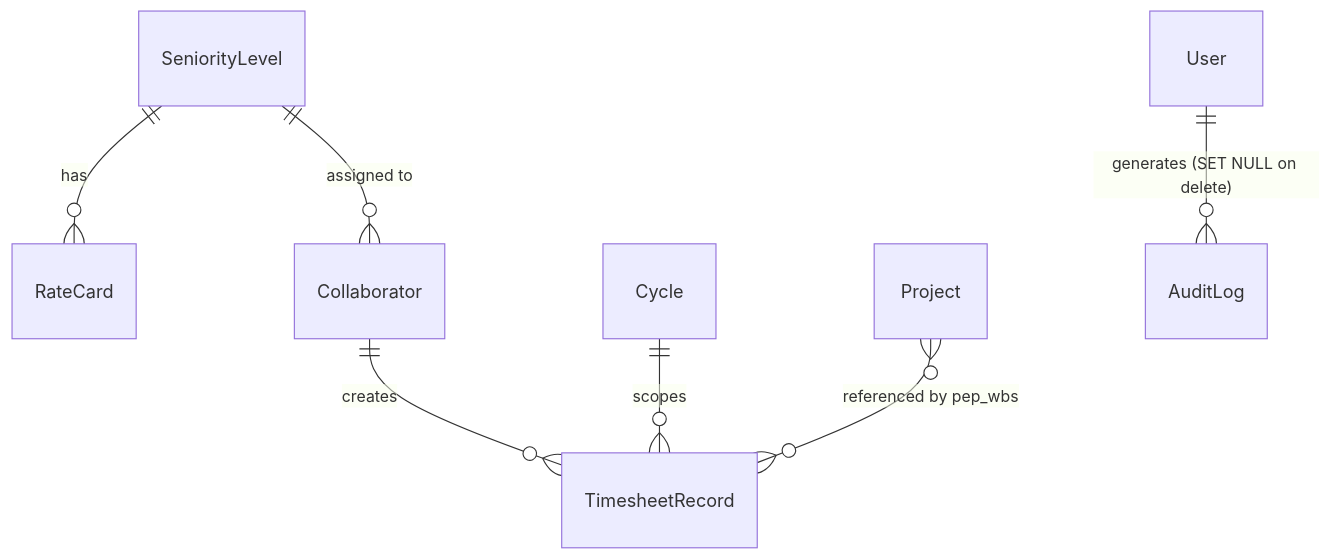
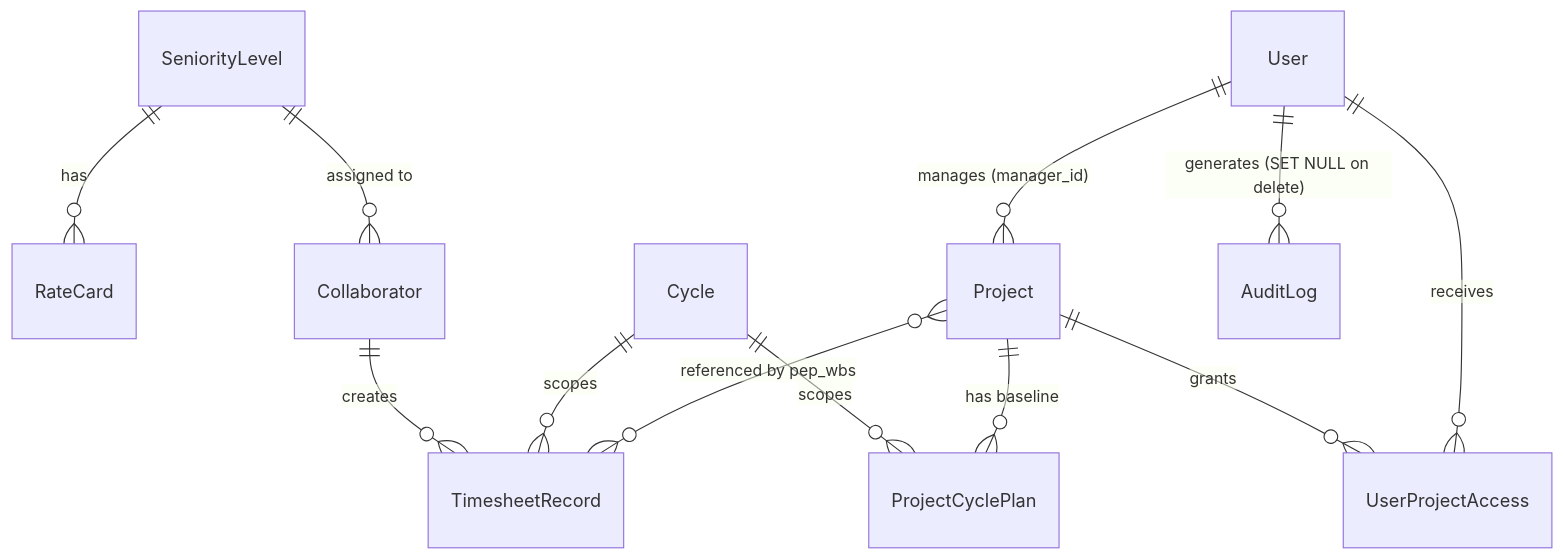
Before and after one commit to RtaSistemas/PMAS: the sixth of 6 diagrams in manual.md, drawn with Mermaid. The commit also changed other lines of this file, not shown here.

````diff
--- a/manual.md
+++ b/manual.md
@@ -182,9 +209,14 @@
 ```mermaid
 erDiagram
     SeniorityLevel ||--o{ RateCard : "has"
     SeniorityLevel ||--o{ Collaborator : "assigned to"
     Collaborator ||--o{ TimesheetRecord : "creates"
     Cycle ||--o{ TimesheetRecord : "scopes"
+    Cycle ||--o{ ProjectCyclePlan : "scopes"
     Project }o--o{ TimesheetRecord : "referenced by pep_wbs"
+    Project ||--o{ ProjectCyclePlan : "has baseline"
+    Project ||--o{ UserProjectAccess : "grants"
     User ||--o{ AuditLog : "generates (SET NULL on delete)"
+    User ||--o{ Project : "manages (manager_id)"
+    User ||--o{ UserProjectAccess : "receives"
 ```
````
